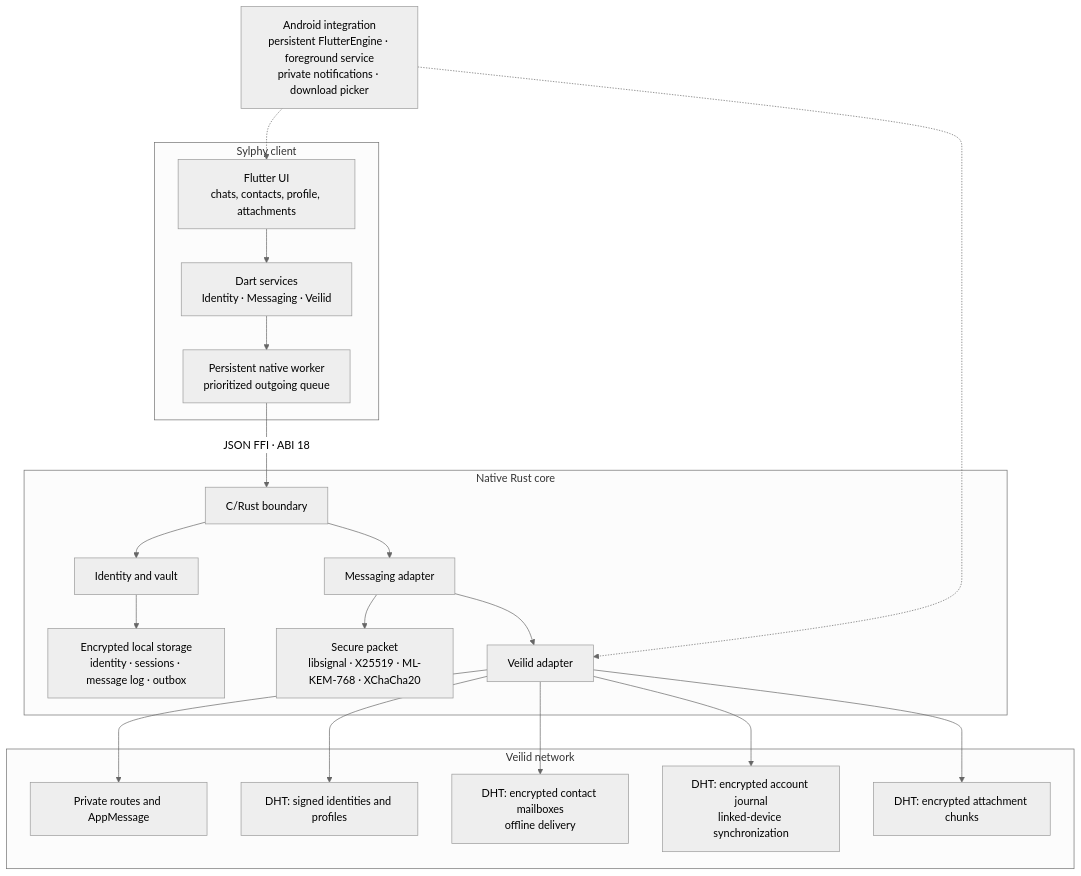
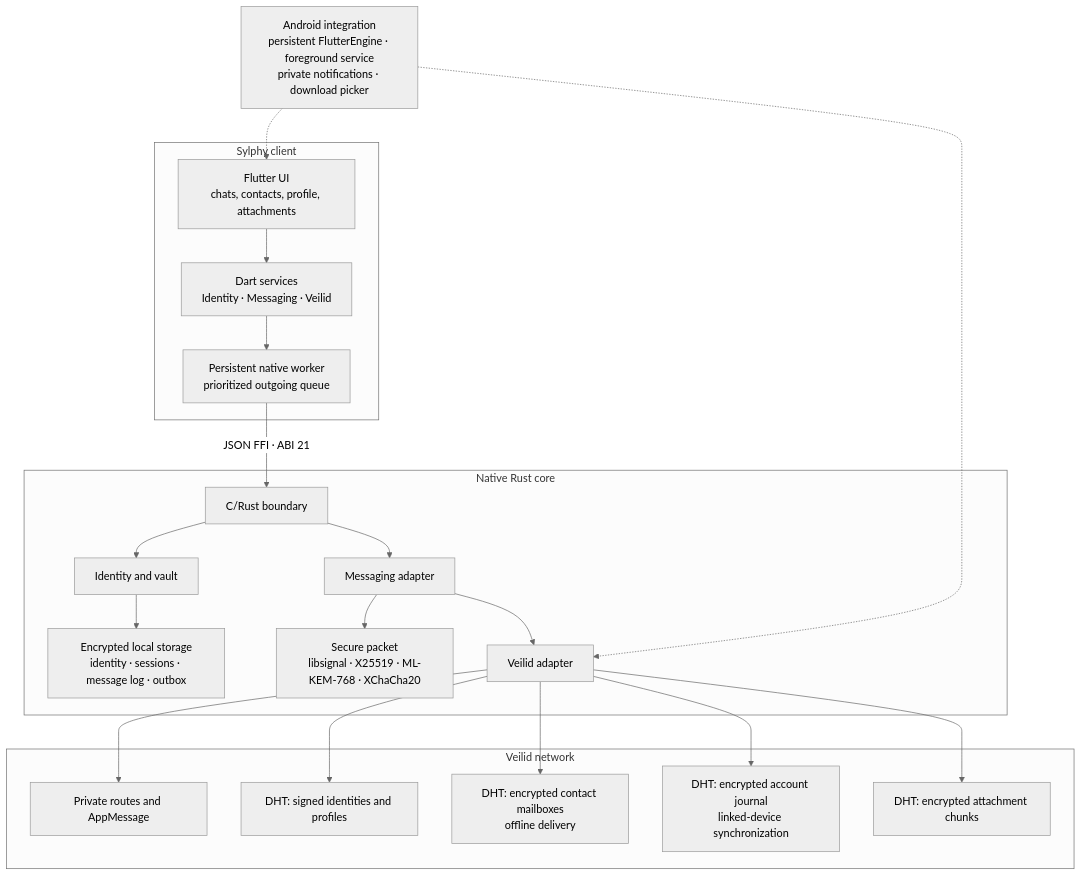
One commit to ImHisako/Sylphy changed the diagram in README.md. Above: the diagram before and after it, drawn with Mermaid (neutral theme). The commit also changed 33 other files, not shown here.

````diff
--- a/README.md
+++ b/README.md
@@ -111,31 +111,31 @@
 ```mermaid
 flowchart TB
     subgraph Client["Sylphy client"]
         UI["Flutter UI\nchats, contacts, profile, attachments"]
         DS["Dart services\nIdentity · Messaging · Veilid"]
         BG["Persistent native worker\nprioritized outgoing queue"]
         UI --> DS --> BG
     end
 
-    BG -->|"JSON FFI · ABI 18"| FFI["C/Rust boundary"]
+    BG -->|"JSON FFI · ABI 21"| FFI["C/Rust boundary"]
 
     subgraph Core["Native Rust core"]
         FFI --> ID["Identity and vault"]
         FFI --> MSG["Messaging adapter"]
         MSG --> CRYPTO["Secure packet\nlibsignal · X25519 · ML-KEM-768 · XChaCha20"]
         MSG --> VA["Veilid adapter"]
         ID --> LOCAL["Encrypted local storage\nidentity · sessions · message log · outbox"]
     end
 
     subgraph Network["Veilid network"]
         VA --> ROUTE["Private routes and AppMessage"]
         VA --> DHTID["DHT: signed identities and profiles"]
         VA --> PEERMAIL["DHT: encrypted contact mailboxes\noffline delivery"]
         VA --> MAIL["DHT: encrypted account journal\nlinked-device synchronization"]
         VA --> FILES["DHT: encrypted attachment chunks"]
     end
 
     ANDROID["Android integration\npersistent FlutterEngine · foreground service\nprivate notifications · download picker"]
     ANDROID -.-> UI
     ANDROID -.-> VA
 ```
````
